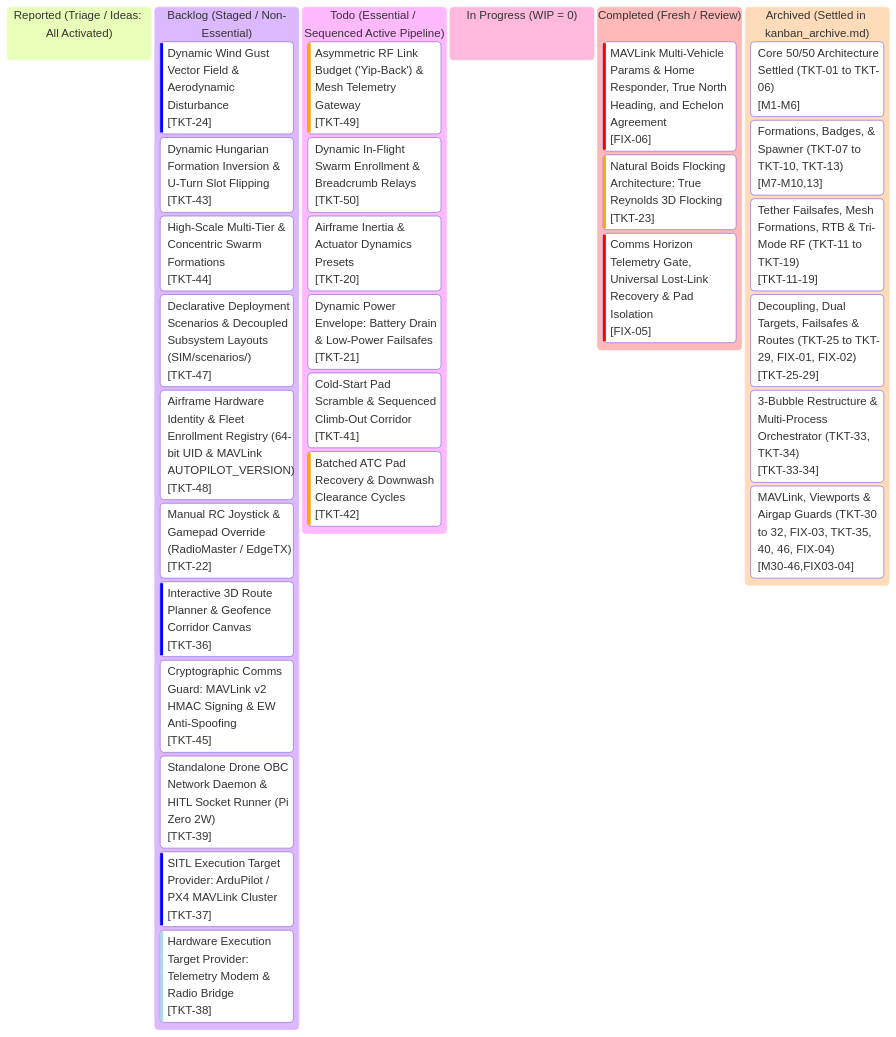
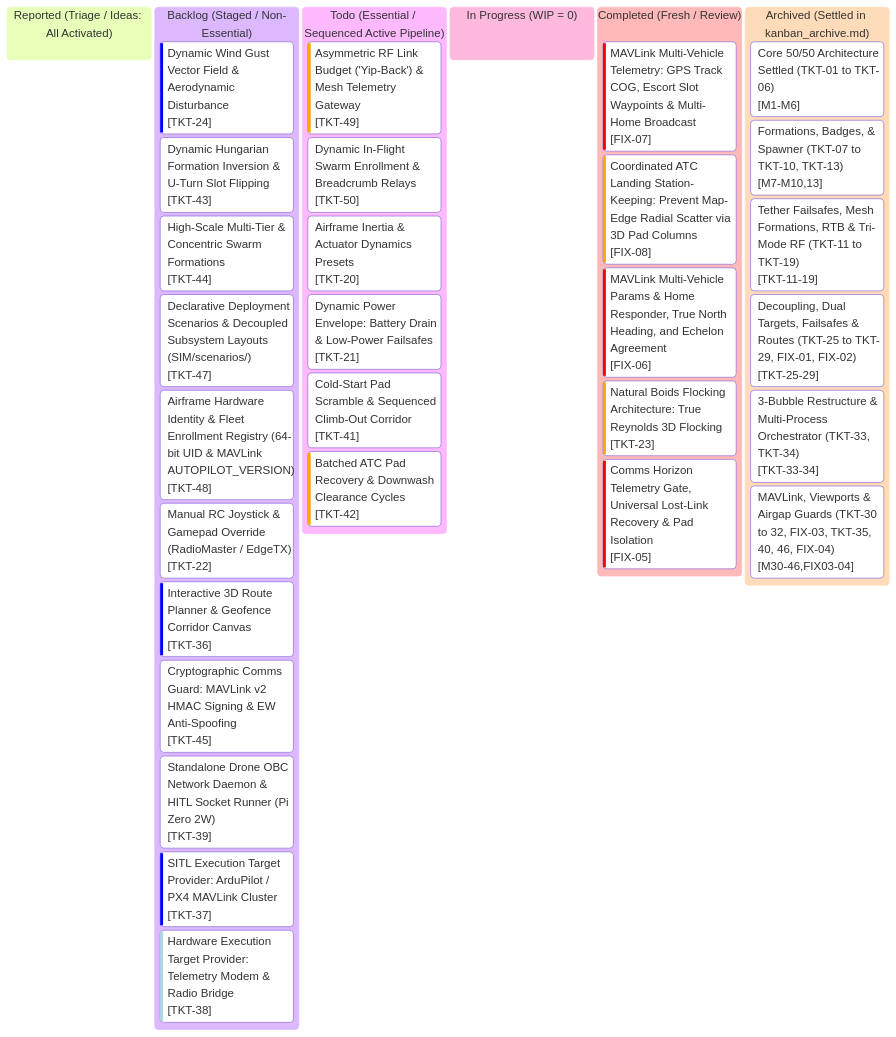
One commit to AlitheiaDeus/SwarmTech_v3-Uprising changed the diagram in kanban.md. Above: the diagram before and after it, drawn with Mermaid. The commit also changed other lines of this file and 7 other files, not shown here.

Commit message:
fix(mavlink,sim): GPS Track COG, formation slot WP vectors & pad holding columns [FIX-07, FIX-08]

````diff
--- a/kanban.md
+++ b/kanban.md
@@ -10,55 +10,57 @@
 ```mermaid
 %%{init: {
   'theme': 'base',
   'themeVariables': {
     'primaryColor': '#0d2235',
     'primaryTextColor': '#d4f4ff',
     'primaryBorderColor': '#00f0ff',
     'lineColor': '#00f0ff',
     'background': '#061019',
     'mainBkg': '#0a1926',
     'secondaryColor': '#081420',
     'secondaryTextColor': '#5a7e96',
     'secondaryBorderColor': '#134e6f',
     'tertiaryColor': '#0e263d',
     'tertiaryTextColor': '#00ffaa',
     'tertiaryBorderColor': '#00ffaa',
     'clusterBkg': '#081420',
     'clusterBorder': '#134e6f',
     'fontFamily': "'JetBrains Mono', 'Courier New', monospace"
   }
 }}%%
 kanban
   reported["Reported (Triage / Ideas: All Activated)"]
   backlog["Backlog (Staged / Non-Essential)"]
     tkt24["Dynamic Wind Gust Vector Field & Aerodynamic Disturbance"]@{ ticket: '[TKT-24]', priority: 'Low' }
     tkt43["Dynamic Hungarian Formation Inversion & U-Turn Slot Flipping"]@{ ticket: '[TKT-43]', priority: 'Medium' }
     tkt44["High-Scale Multi-Tier & Concentric Swarm Formations"]@{ ticket: '[TKT-44]', priority: 'Medium' }
     tkt47["Declarative Deployment Scenarios & Decoupled Subsystem Layouts (SIM/scenarios/)"]@{ ticket: '[TKT-47]', priority: 'Medium' }
     tkt48["Airframe Hardware Identity & Fleet Enrollment Registry (64-bit UID & MAVLink AUTOPILOT_VERSION)"]@{ ticket: '[TKT-48]', priority: 'Medium' }
     tkt22["Manual RC Joystick & Gamepad Override (RadioMaster / EdgeTX)"]@{ ticket: '[TKT-22]', priority: 'Medium' }
     tkt36["Interactive 3D Route Planner & Geofence Corridor Canvas"]@{ ticket: '[TKT-36]', priority: 'Low' }
     tkt45["Cryptographic Comms Guard: MAVLink v2 HMAC Signing & EW Anti-Spoofing"]@{ ticket: '[TKT-45]', priority: 'Medium' }
     tkt39["Standalone Drone OBC Network Daemon & HITL Socket Runner (Pi Zero 2W)"]@{ ticket: '[TKT-39]', priority: 'Medium' }
     tkt37["SITL Execution Target Provider: ArduPilot / PX4 MAVLink Cluster"]@{ ticket: '[TKT-37]', priority: 'Low' }
     tkt38["Hardware Execution Target Provider: Telemetry Modem & Radio Bridge"]@{ ticket: '[TKT-38]', priority: 'Very Low' }
   todo["Todo (Essential / Sequenced Active Pipeline)"]
     tkt49["Asymmetric RF Link Budget ('Yip-Back') & Mesh Telemetry Gateway"]@{ ticket: '[TKT-49]', priority: 'High' }
     tkt50["Dynamic In-Flight Swarm Enrollment & Breadcrumb Relays"]@{ ticket: '[TKT-50]', priority: 'Medium' }
     tkt20["Airframe Inertia & Actuator Dynamics Presets"]@{ ticket: '[TKT-20]', priority: 'Medium' }
     tkt21["Dynamic Power Envelope: Battery Drain & Low-Power Failsafes"]@{ ticket: '[TKT-21]', priority: 'Medium' }
     tkt41["Cold-Start Pad Scramble & Sequenced Climb-Out Corridor"]@{ ticket: '[TKT-41]', priority: 'Medium' }
     tkt42["Batched ATC Pad Recovery & Downwash Clearance Cycles"]@{ ticket: '[TKT-42]', priority: 'High' }
   in_progress["In Progress (WIP = 0)"]
   completed["Completed (Fresh / Review)"]
+    fix07["MAVLink Multi-Vehicle Telemetry: GPS Track COG, Escort Slot Waypoints & Multi-Home Broadcast"]@{ ticket: '[FIX-07]', priority: 'Very High' }
+    fix08["Coordinated ATC Landing Station-Keeping: Prevent Map-Edge Radial Scatter via 3D Pad Columns"]@{ ticket: '[FIX-08]', priority: 'High' }
     fix06["MAVLink Multi-Vehicle Params & Home Responder, True North Heading, and Echelon Agreement"]@{ ticket: '[FIX-06]', priority: 'Very High' }
     tkt23["Natural Boids Flocking Architecture: True Reynolds 3D Flocking"]@{ ticket: '[TKT-23]', priority: 'High' }
     fix05["Comms Horizon Telemetry Gate, Universal Lost-Link Recovery & Pad Isolation"]@{ ticket: '[FIX-05]', priority: 'Very High' }
   archived["Archived (Settled in kanban_archive.md)"]
     arch_m1_6["Core 50/50 Architecture Settled (TKT-01 to TKT-06)"]@{ ticket: '[M1-M6]' }
     arch_m7_10_13["Formations, Badges, & Spawner (TKT-07 to TKT-10, TKT-13)"]@{ ticket: '[M7-M10,13]' }
     arch_m11_19["Tether Failsafes, Mesh Formations, RTB & Tri-Mode RF (TKT-11 to TKT-19)"]@{ ticket: '[TKT-11-19]' }
     arch_m25_29["Decoupling, Dual Targets, Failsafes & Routes (TKT-25 to TKT-29, FIX-01, FIX-02)"]@{ ticket: '[TKT-25-29]' }
     arch_m33_34["3-Bubble Restructure & Multi-Process Orchestrator (TKT-33, TKT-34)"]@{ ticket: '[TKT-33-34]' }
     arch_m30_46_fix03_04["MAVLink, Viewports & Airgap Guards (TKT-30 to 32, FIX-03, TKT-35, 40, 46, FIX-04)"]@{ ticket: '[M30-46,FIX03-04]' }
 ```
````
